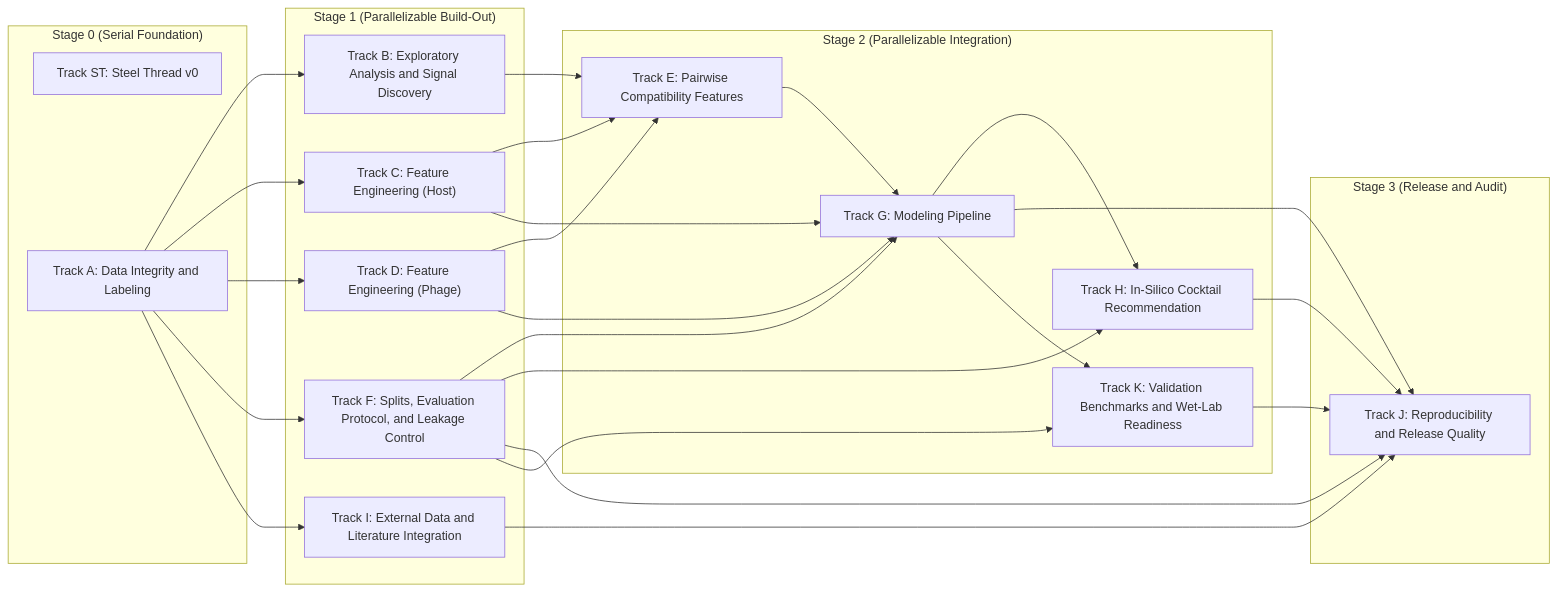
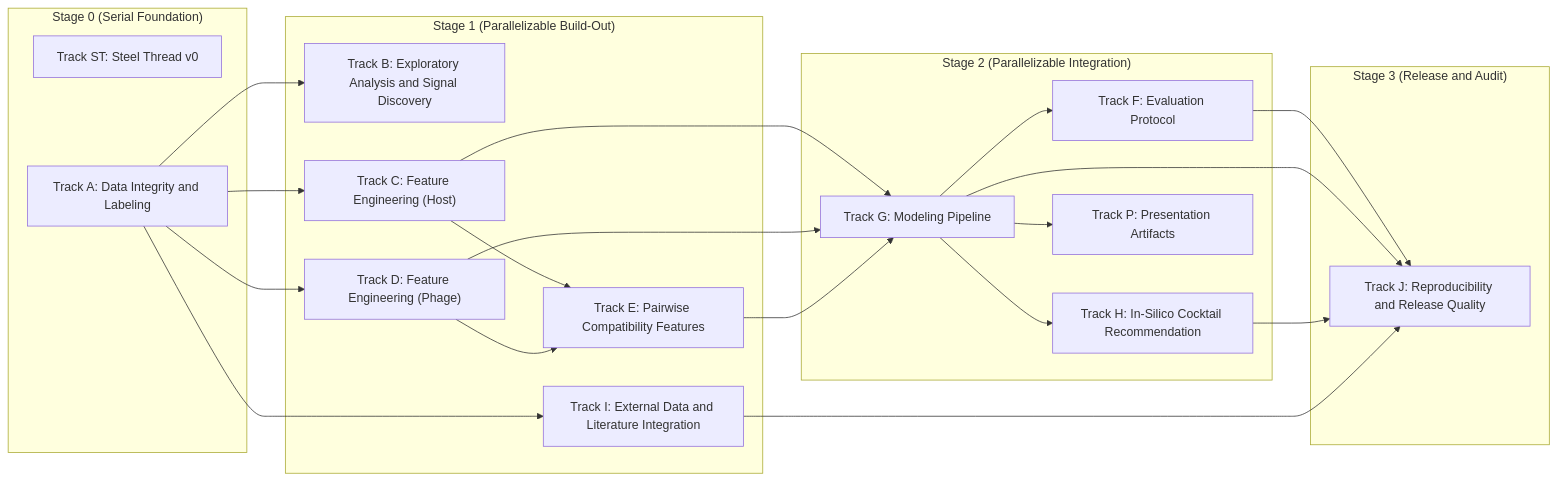
One commit to LorenaDerezanin/coli_phage_interactions_2023 changed the diagram in lyzortx/research_notes/PLAN.md. Above: the diagram before and after it, drawn with Mermaid. The commit also changed other lines of this file and 4 other files, not shown here.

````diff
--- a/lyzortx/research_notes/PLAN.md
+++ b/lyzortx/research_notes/PLAN.md
@@ -7,48 +7,43 @@
 ```mermaid
 graph LR
   subgraph s0["Stage 0 (Serial Foundation)"]
     tst["Track ST: Steel Thread v0"]
     ta["Track A: Data Integrity and Labeling"]
   end
 
   subgraph s1["Stage 1 (Parallelizable Build-Out)"]
     tb["Track B: Exploratory Analysis and Signal Discovery"]
     tc["Track C: Feature Engineering (Host)"]
     td["Track D: Feature Engineering (Phage)"]
-    tf["Track F: Splits, Evaluation Protocol, and Leakage Control"]
+    te["Track E: Pairwise Compatibility Features"]
     ti["Track I: External Data and Literature Integration"]
   end
 
   subgraph s2["Stage 2 (Parallelizable Integration)"]
-    te["Track E: Pairwise Compatibility Features"]
+    tf["Track F: Evaluation Protocol"]
     tg["Track G: Modeling Pipeline"]
     th["Track H: In-Silico Cocktail Recommendation"]
-    tk["Track K: Validation Benchmarks and Wet-Lab Readiness"]
+    tp["Track P: Presentation Artifacts"]
   end
 
   subgraph s3["Stage 3 (Release and Audit)"]
     tj["Track J: Reproducibility and Release Quality"]
   end
 
   ta --> tb
   ta --> tc
   ta --> td
-  tb --> te
   tc --> te
   td --> te
-  ta --> tf
+  tg --> tf
   tc --> tg
   td --> tg
   te --> tg
-  tf --> tg
-  tf --> th
   tg --> th
   ta --> ti
   tf --> tj
   tg --> tj
   th --> tj
   ti --> tj
-  tk --> tj
-  tf --> tk
-  tg --> tk
+  tg --> tp
 ```
````
